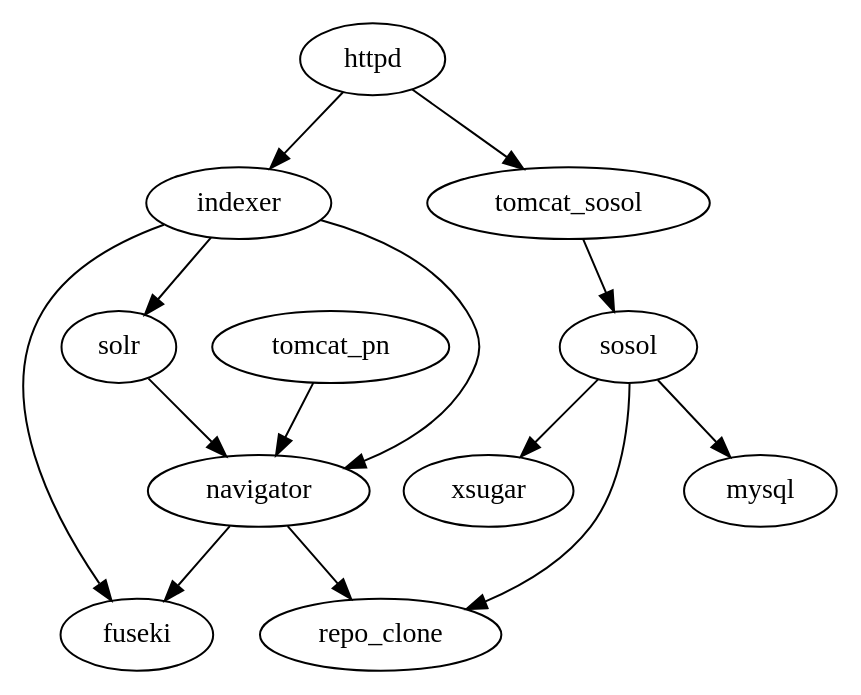
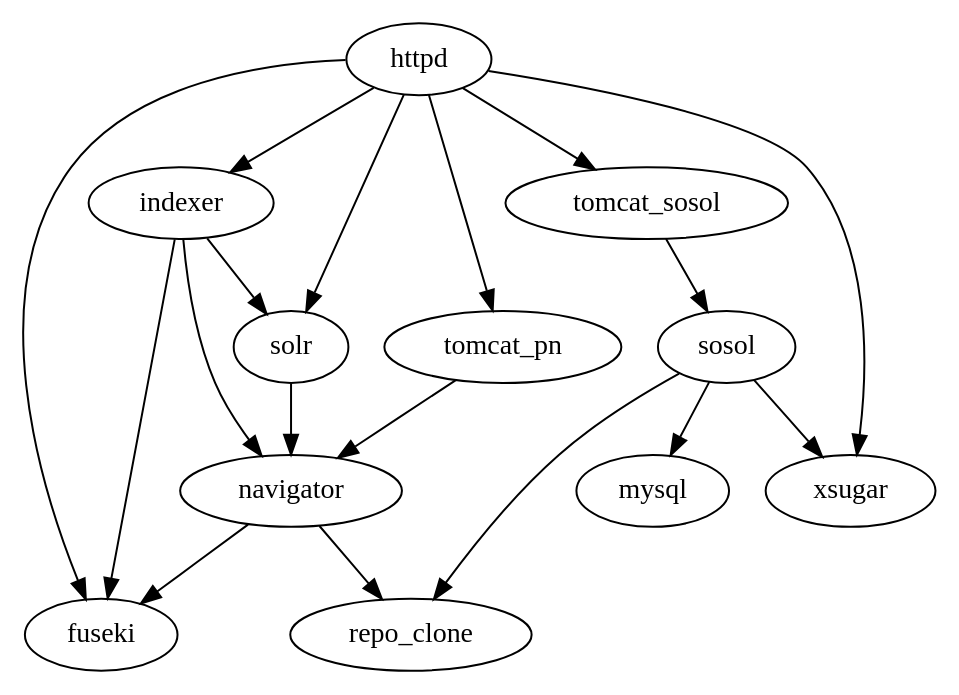
One commit to dcthree/papyri-docker changed the diagram in graphviz/depends_on.dot. Above: the diagram before and after it, drawn with Graphviz. The commit also changed 2 other files, not shown here.

Commit message:
Add depends_on for httpd service links

```diff
--- a/graphviz/depends_on.dot
+++ b/graphviz/depends_on.dot
@@ -1,11 +1,11 @@
 digraph D {
 
   tomcat_pn -> navigator
   solr -> navigator
   tomcat_sosol -> sosol
   indexer -> {navigator, fuseki, solr}
   navigator -> {repo_clone, fuseki}
   sosol -> {mysql, repo_clone, xsugar}
-  httpd -> {indexer, tomcat_sosol} 
+  httpd -> {indexer, tomcat_sosol, tomcat_pn, fuseki, solr, xsugar}
 
 }
```
